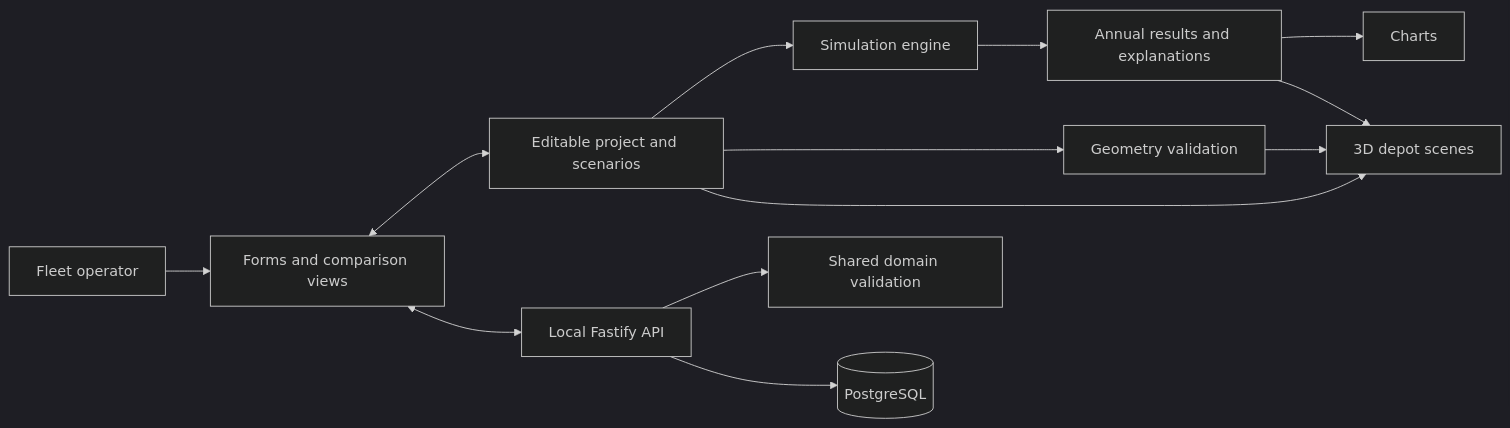
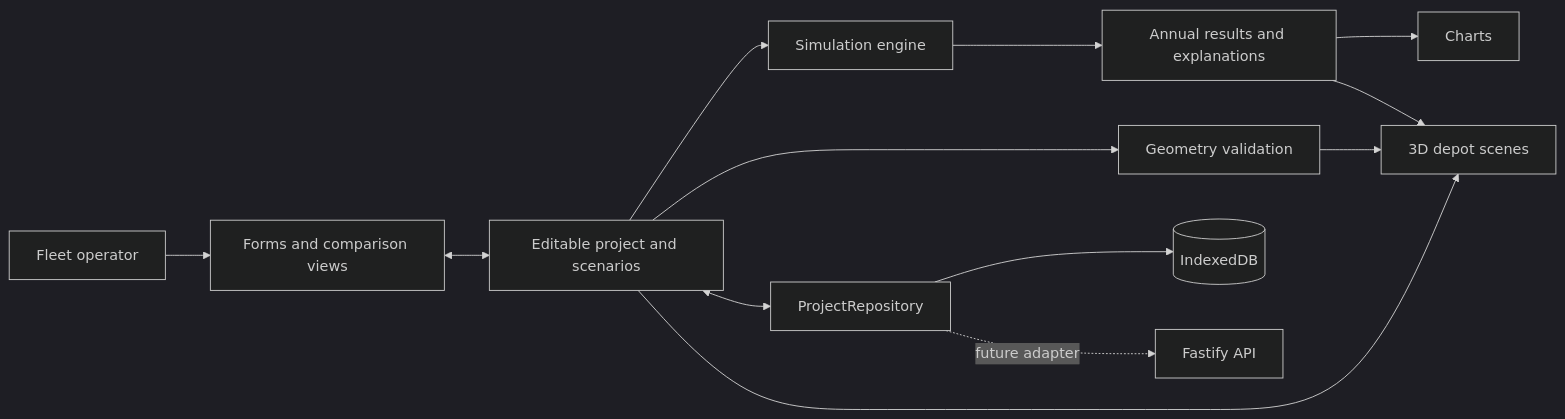
The first of 2 diagrams in docs/tech/architecture.md (The-Sims-Digipen/Fleet-Project), drawn with Mermaid (dark theme) before and after one commit. The commit also changed other lines of this file and 17 other files, not shown here.

````diff
--- a/docs/tech/architecture.md
+++ b/docs/tech/architecture.md
@@ -20,15 +19,15 @@
 ```mermaid
 flowchart LR
   Operator[Fleet operator] --> UI[Forms and comparison views]
   UI <--> State[Editable project and scenarios]
   State --> Simulation[Simulation engine]
   State --> Geometry[Geometry validation]
   Simulation --> Results[Annual results and explanations]
   Results --> Charts[Charts]
   Results --> Scene[3D depot scenes]
   Geometry --> Scene
   State --> Scene
-  UI <--> API[Local Fastify API]
-  API --> Validation[Shared domain validation]
-  API --> DB[(PostgreSQL)]
+  State <--> Repo[ProjectRepository]
+  Repo --> IDB[(IndexedDB)]
+  Repo -. future adapter .-> API[Fastify API]
 ```
````
